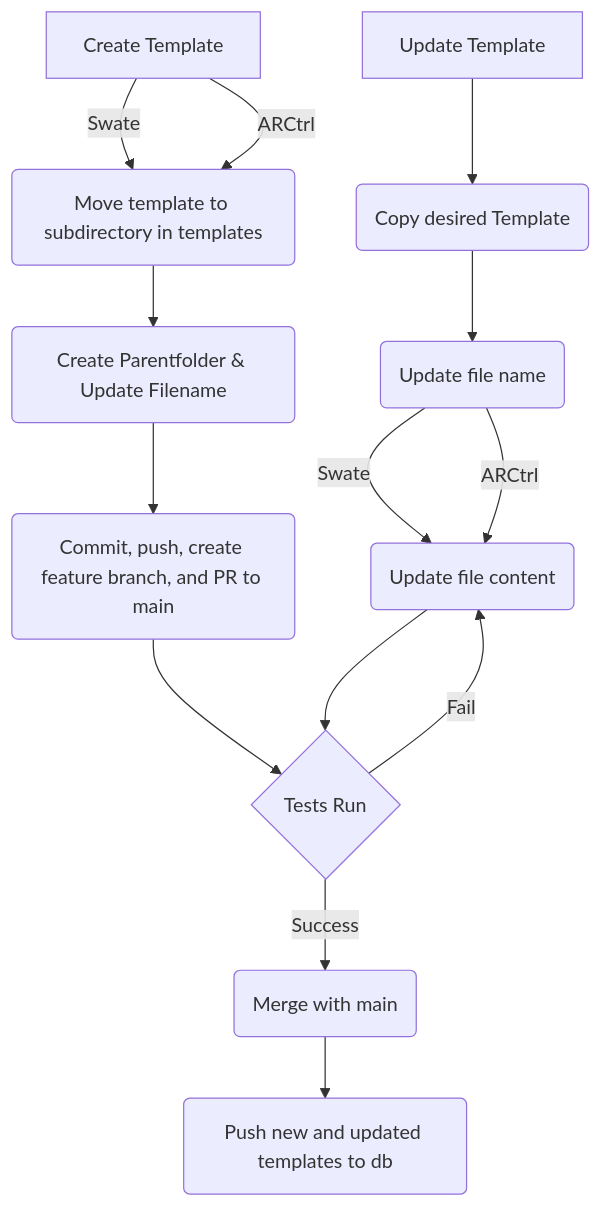
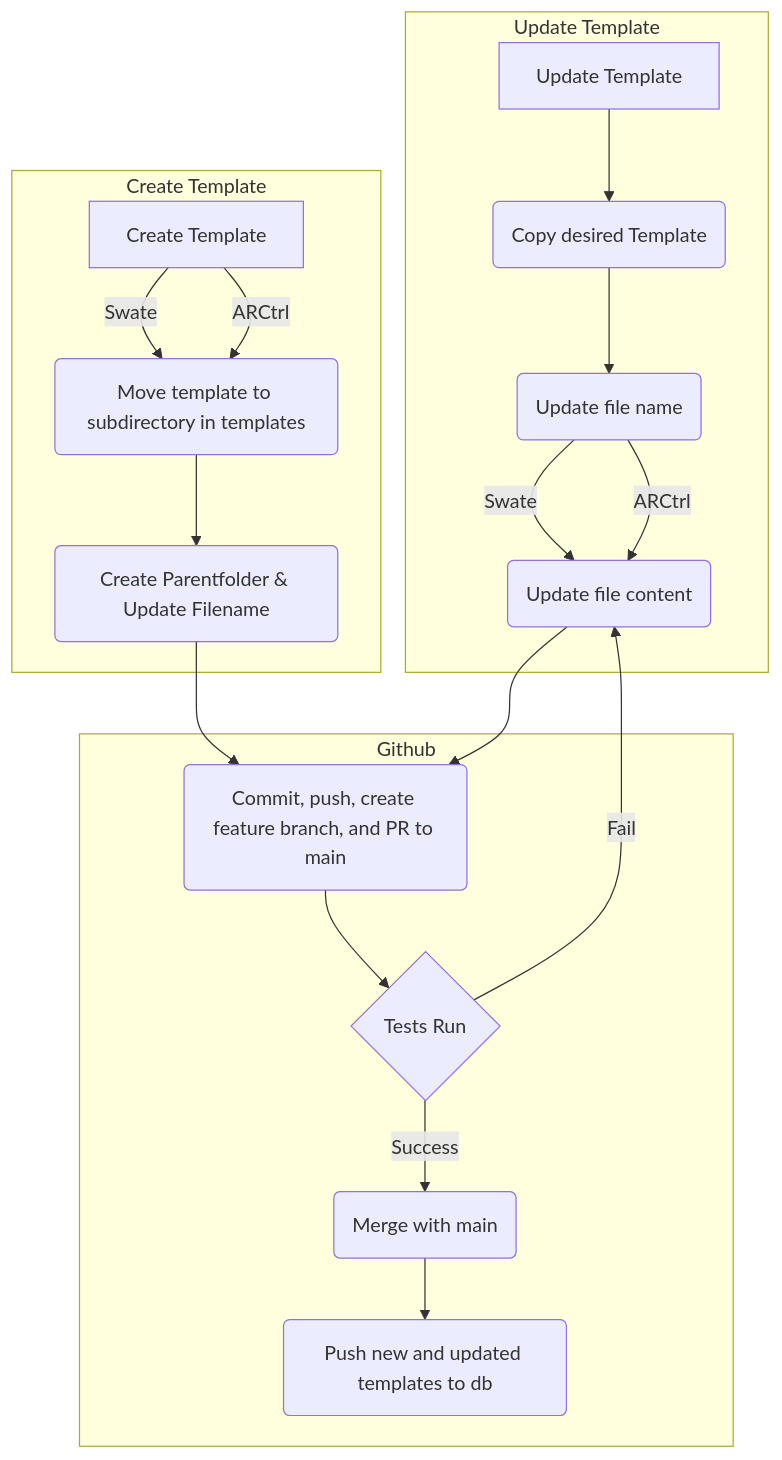
The diagram in src/STRCI/README.md (nfdi4plants/Swate-templates), drawn with Mermaid before and after one commit. The commit also changed 1 other file, not shown here.

Commit message:
Update workflow

````diff
--- a/src/STRCI/README.md
+++ b/src/STRCI/README.md
@@ -3,16 +3,22 @@
 ```mermaid
     flowchart TD
-    A[Create Template] -->|Swate| B(Move template to subdirectory in templates)
-    A --> |ARCtrl| B
-    B --> C(Create Parentfolder & Update Filename)
-    C --> D(Commit, push, create feature branch, and PR to main)
-    D --> E{Tests Run}
-    1[Update Template] --> 2(Copy desired Template)
-    2 --> 3(Update file name)
-    3 --> |Swate| 4(Update file content)
-    3 --> |ARCtrl| 4(Update file content)
-    4 --> E{Tests Run}
-    E --> |Fail|4
-    E --> |Success| F(Merge with main)
-    F --> G(Push new and updated templates to db)
+    subgraph s1["Create Template"]
+        A[Create Template] -->|Swate| B(Move template to subdirectory in templates)
+        A --> |ARCtrl| B
+        B --> C(Create Parentfolder & Update Filename)
+    end
+    subgraph s2["Update Template"]
+        1[Update Template] --> 2(Copy desired Template)
+        2 --> 3(Update file name)
+        3 --> |Swate| 4(Update file content)
+        3 --> |ARCtrl| 4(Update file content)
+    end
+    subgraph s3["Github"]
+        C --> D(Commit, push, create feature branch, and PR to main)
+        4 --> D
+        D --> E{Tests Run}
+        E --> |Fail|4
+        E --> |Success| F(Merge with main)
+        F --> G(Push new and updated templates to db)
+    end
 ```
````
